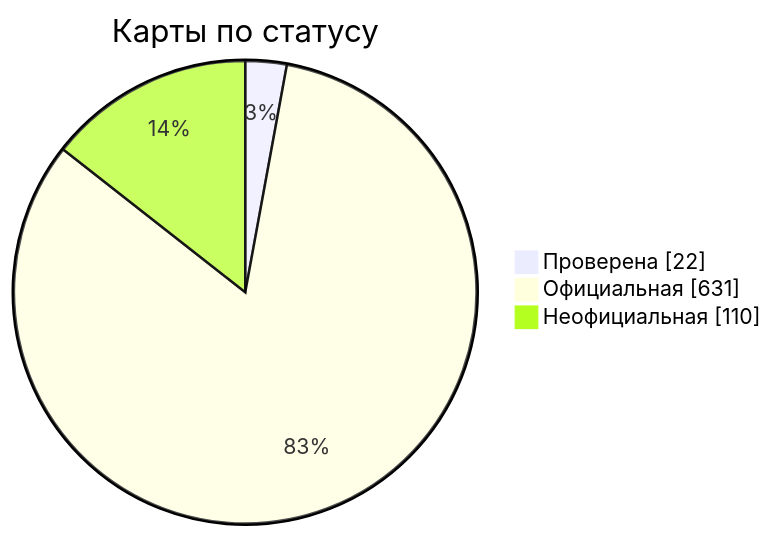
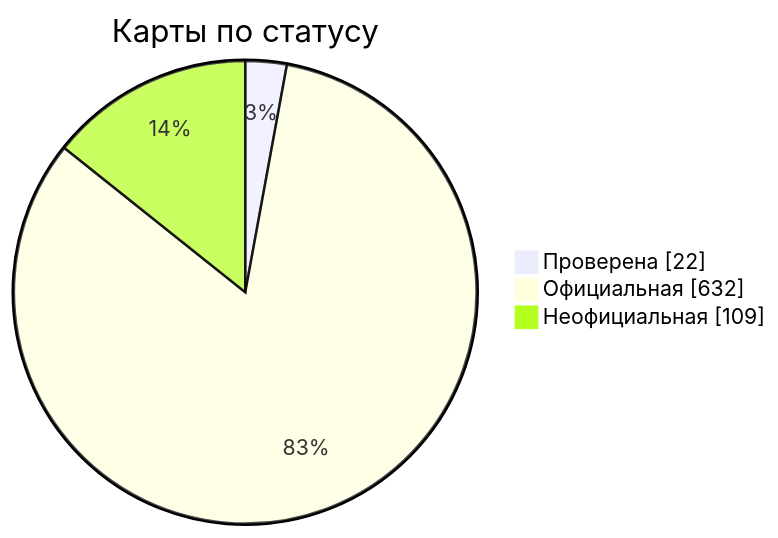
One commit to nobrega8/mbmap-library changed the diagram in docs/readme/README_RU.md. Above: the diagram before and after it, drawn with Mermaid. The commit also changed 6 other files, not shown here.

````diff
--- a/docs/readme/README_RU.md
+++ b/docs/readme/README_RU.md
@@ -54,7 +54,7 @@
 ```mermaid
 pie showData
     title Карты по статусу
     "Проверена" : 22
-    "Официальная" : 631
-    "Неофициальная" : 110
+    "Официальная" : 632
+    "Неофициальная" : 109
 ```
````
